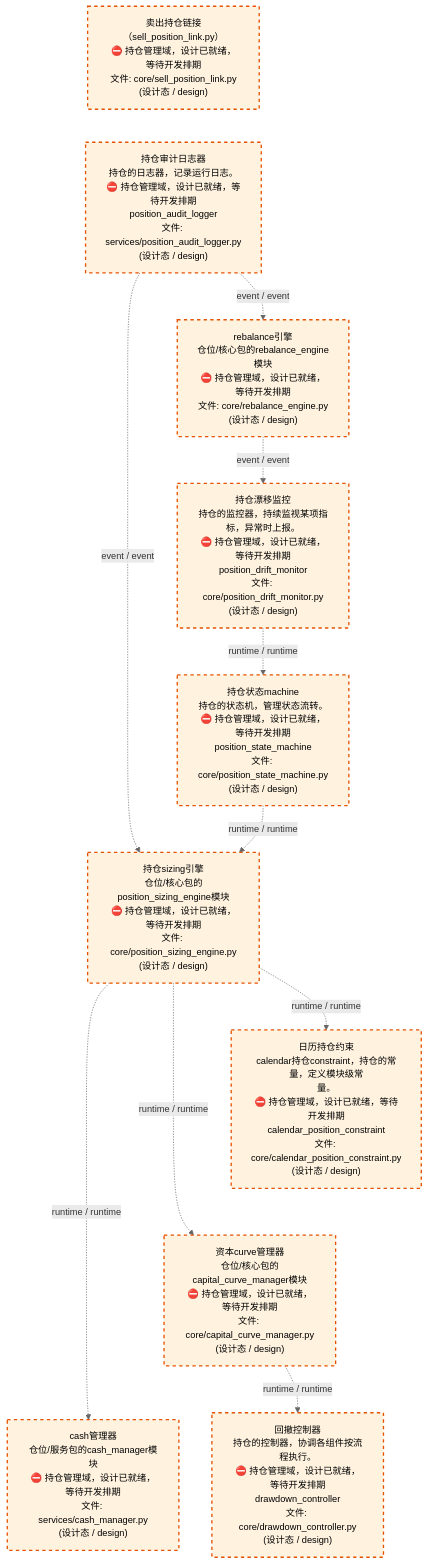
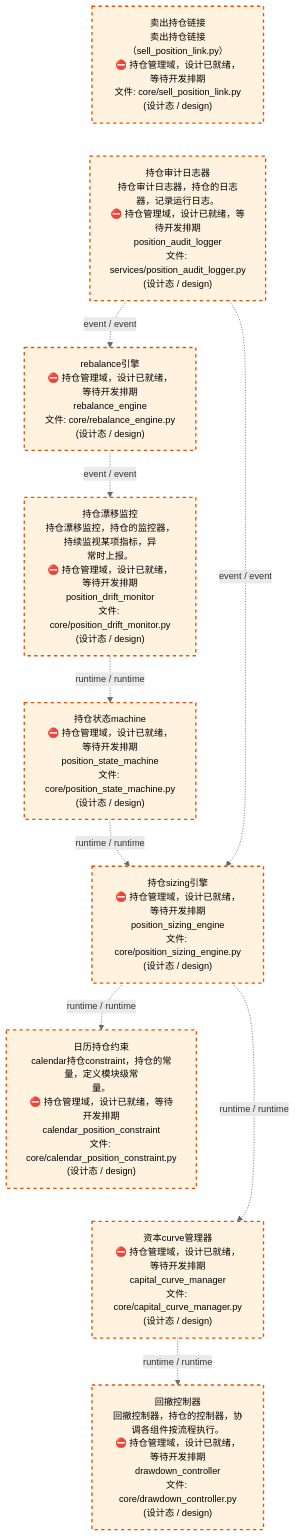
The third of 4 diagrams in docs/02_enterprise_architecture/02_domain_architecture_docs/64_d_position.md (xuanFelixVan/ZephyrAlpha), drawn with Mermaid before and after one commit. The commit also changed other lines of this file and 56 other files, not shown here.

````diff
--- a/docs/02_enterprise_architecture/02_domain_architecture_docs/64_d_position.md
+++ b/docs/02_enterprise_architecture/02_domain_architecture_docs/64_d_position.md
@@ -127,31 +125,28 @@
 ```mermaid
 %%{init: {'theme': 'base', 'themeVariables': {'primaryColor': '#eaeaea', 'primaryTextColor': '#333333', 'primaryBorderColor': '#666666', 'lineColor': '#666666', 'secondaryColor': '#eaeaea', 'tertiaryColor': '#eaeaea', 'fontSize': '14px'}}}%%
 flowchart TD
-    src_zephyr_position_core_sell_position_link_py["卖出持仓链接<br/>（sell_position_link.py）<br/>⛔ 持仓管理域，设计已就绪，等待开发排期<br/>文件: core/sell_position_link.py<br/>(设计态 / design)"]
-    src_zephyr_position_services_position_audit_logger_py["持仓审计日志器<br/>持仓的日志器，记录运行日志。<br/>⛔ 持仓管理域，设计已就绪，等待开发排期<br/>position_audit_logger<br/>文件: services/position_audit_logger.py<br/>(设计态 / design)"]
+    src_zephyr_position_core_sell_position_link_py["卖出持仓链接<br/>卖出持仓链接（sell_position_link.py）<br/>⛔ 持仓管理域，设计已就绪，等待开发排期<br/>文件: core/sell_position_link.py<br/>(设计态 / design)"]
+    src_zephyr_position_services_position_audit_logger_py["持仓审计日志器<br/>持仓审计日志器，持仓的日志器，记录运行日志。<br/>⛔ 持仓管理域，设计已就绪，等待开发排期<br/>position_audit_logger<br/>文件: services/position_audit_logger.py<br/>(设计态 / design)"]
     src_zephyr_position_core_sell_position_link_py ~~~ src_zephyr_position_services_position_audit_logger_py
-    src_zephyr_position_core_rebalance_engine_py["rebalance引擎<br/>仓位/核心包的rebalance_engine模块<br/>⛔ 持仓管理域，设计已就绪，等待开发排期<br/>文件: core/rebalance_engine.py<br/>(设计态 / design)"]
-    src_zephyr_position_core_position_drift_monitor_py["持仓漂移监控<br/>持仓的监控器，持续监视某项指标，异常时上报。<br/>⛔ 持仓管理域，设计已就绪，等待开发排期<br/>position_drift_monitor<br/>文件: core/position_drift_monitor.py<br/>(设计态 / design)"]
-    src_zephyr_position_core_position_state_machine_py["持仓状态machine<br/>持仓的状态机，管理状态流转。<br/>⛔ 持仓管理域，设计已就绪，等待开发排期<br/>position_state_machine<br/>文件: core/position_state_machine.py<br/>(设计态 / design)"]
-    src_zephyr_position_core_position_sizing_engine_py["持仓sizing引擎<br/>仓位/核心包的position_sizing_engine模块<br/>⛔ 持仓管理域，设计已就绪，等待开发排期<br/>文件: core/position_sizing_engine.py<br/>(设计态 / design)"]
+    src_zephyr_position_core_rebalance_engine_py["rebalance引擎<br/>⛔ 持仓管理域，设计已就绪，等待开发排期<br/>rebalance_engine<br/>文件: core/rebalance_engine.py<br/>(设计态 / design)"]
+    src_zephyr_position_core_position_drift_monitor_py["持仓漂移监控<br/>持仓漂移监控，持仓的监控器，持续监视某项指标，异<br/>常时上报。<br/>⛔ 持仓管理域，设计已就绪，等待开发排期<br/>position_drift_monitor<br/>文件: core/position_drift_monitor.py<br/>(设计态 / design)"]
+    src_zephyr_position_core_position_state_machine_py["持仓状态machine<br/>⛔ 持仓管理域，设计已就绪，等待开发排期<br/>position_state_machine<br/>文件: core/position_state_machine.py<br/>(设计态 / design)"]
+    src_zephyr_position_core_position_sizing_engine_py["持仓sizing引擎<br/>⛔ 持仓管理域，设计已就绪，等待开发排期<br/>position_sizing_engine<br/>文件: core/position_sizing_engine.py<br/>(设计态 / design)"]
     src_zephyr_position_core_calendar_position_constraint_py["日历持仓约束<br/>calendar持仓constraint，持仓的常量，定义模块级常<br/>量。<br/>⛔ 持仓管理域，设计已就绪，等待开发排期<br/>calendar_position_constraint<br/>文件: core/calendar_position_constraint.py<br/>(设计态 / design)"]
-    src_zephyr_position_core_capital_curve_manager_py["资本curve管理器<br/>仓位/核心包的capital_curve_manager模块<br/>⛔ 持仓管理域，设计已就绪，等待开发排期<br/>文件: core/capital_curve_manager.py<br/>(设计态 / design)"]
-    src_zephyr_position_services_cash_manager_py["cash管理器<br/>仓位/服务包的cash_manager模块<br/>⛔ 持仓管理域，设计已就绪，等待开发排期<br/>文件: services/cash_manager.py<br/>(设计态 / design)"]
+    src_zephyr_position_core_capital_curve_manager_py["资本curve管理器<br/>⛔ 持仓管理域，设计已就绪，等待开发排期<br/>capital_curve_manager<br/>文件: core/capital_curve_manager.py<br/>(设计态 / design)"]
     src_zephyr_position_core_calendar_position_constraint_py ~~~ src_zephyr_position_core_capital_curve_manager_py
-    src_zephyr_position_core_capital_curve_manager_py ~~~ src_zephyr_position_services_cash_manager_py
-    src_zephyr_position_core_drawdown_controller_py["回撤控制器<br/>持仓的控制器，协调各组件按流程执行。<br/>⛔ 持仓管理域，设计已就绪，等待开发排期<br/>drawdown_controller<br/>文件: core/drawdown_controller.py<br/>(设计态 / design)"]
-    src_zephyr_position_core_position_sizing_engine_py -.->|runtime / runtime| src_zephyr_position_services_cash_manager_py
+    src_zephyr_position_core_drawdown_controller_py["回撤控制器<br/>回撤控制器，持仓的控制器，协调各组件按流程执行。<br/>⛔ 持仓管理域，设计已就绪，等待开发排期<br/>drawdown_controller<br/>文件: core/drawdown_controller.py<br/>(设计态 / design)"]
     src_zephyr_position_core_position_sizing_engine_py -.->|runtime / runtime| src_zephyr_position_core_capital_curve_manager_py
     src_zephyr_position_core_position_sizing_engine_py -.->|runtime / runtime| src_zephyr_position_core_calendar_position_constraint_py
     src_zephyr_position_core_position_state_machine_py -.->|runtime / runtime| src_zephyr_position_core_position_sizing_engine_py
     src_zephyr_position_core_position_drift_monitor_py -.->|runtime / runtime| src_zephyr_position_core_position_state_machine_py
     src_zephyr_position_core_rebalance_engine_py -.->|event / event| src_zephyr_position_core_position_drift_monitor_py
     src_zephyr_position_core_capital_curve_manager_py -.->|runtime / runtime| src_zephyr_position_core_drawdown_controller_py
     src_zephyr_position_services_position_audit_logger_py -.->|event / event| src_zephyr_position_core_position_sizing_engine_py
     src_zephyr_position_services_position_audit_logger_py -.->|event / event| src_zephyr_position_core_rebalance_engine_py
     classDef production fill:#e1f5fe,stroke:#01579b,stroke-width:2px,color:#000
     classDef design fill:#fff3e0,stroke:#e65100,stroke-width:2px,color:#000,stroke-dasharray: 5 5
     classDef external_prod fill:#e8f4fd,stroke:#0277bd,stroke-width:1px,color:#000
     classDef external_design fill:#fff8e7,stroke:#ef6c00,stroke-width:1px,color:#000,stroke-dasharray: 5 5
-    class src_zephyr_position_core_calendar_position_constraint_py,src_zephyr_position_core_capital_curve_manager_py,src_zephyr_position_core_drawdown_controller_py,src_zephyr_position_core_position_drift_monitor_py,src_zephyr_position_core_position_sizing_engine_py,src_zephyr_position_core_position_state_machine_py,src_zephyr_position_core_rebalance_engine_py,src_zephyr_position_core_sell_position_link_py,src_zephyr_position_services_cash_manager_py,src_zephyr_position_services_position_audit_logger_py design
+    class src_zephyr_position_core_calendar_position_constraint_py,src_zephyr_position_core_capital_curve_manager_py,src_zephyr_position_core_drawdown_controller_py,src_zephyr_position_core_position_drift_monitor_py,src_zephyr_position_core_position_sizing_engine_py,src_zephyr_position_core_position_state_machine_py,src_zephyr_position_core_rebalance_engine_py,src_zephyr_position_core_sell_position_link_py,src_zephyr_position_services_position_audit_logger_py design
 ```
````
